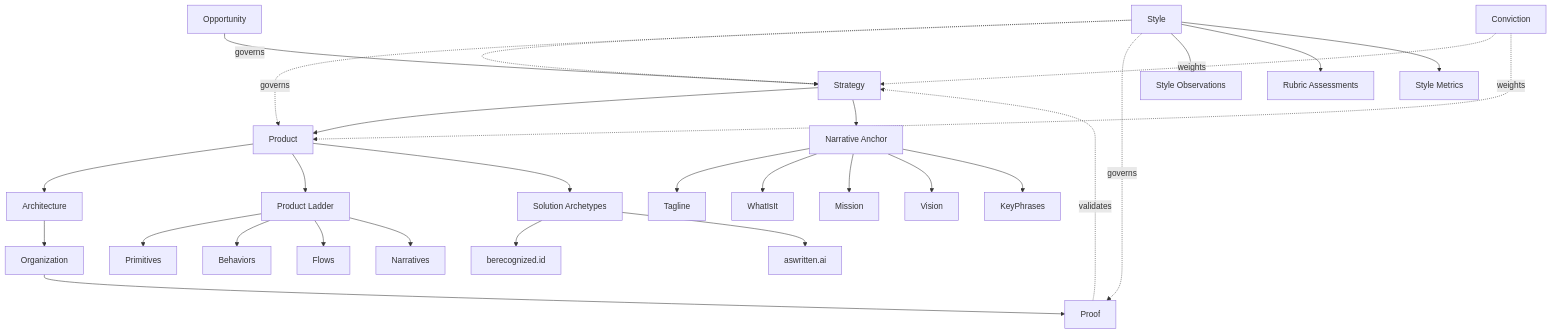
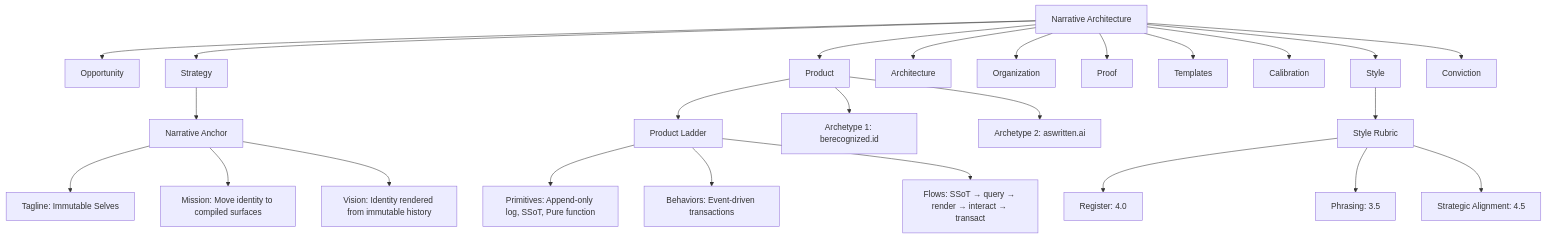
One commit to Synthetic-Identity-Co/conj-talk-2025 changed the second of 2 diagrams in README.md. Above: the diagram before and after it, drawn with Mermaid. The commit also changed other lines of this file, not shown here.

````diff
--- a/README.md
+++ b/README.md
@@ -92,44 +98,31 @@
 ```mermaid
 graph TD
-    Opp[Opportunity]
-    Strat[Strategy]
-    Prod[Product]
-    Arch[Architecture]
-    Org[Organization]
-    Proof[Proof]
-    Style[Style]
-    Conv[Conviction]
-
-    Opp --> Strat
-    Strat --> Prod
-    Prod --> Arch
-    Arch --> Org
-    Org --> Proof
-    Proof -.validates.-> Strat
-    Style -.governs.-> Strat
-    Style -.governs.-> Prod
-    Style -.governs.-> Proof
-    Conv -.weights.-> Strat
-    Conv -.weights.-> Prod
-
-    Strat --> NA[Narrative Anchor]
-    NA --> Tag[Tagline]
-    NA --> What[WhatIsIt]
-    NA --> Miss[Mission]
-    NA --> Vis[Vision]
-    NA --> KP[KeyPhrases]
-
-    Prod --> PL[Product Ladder]
-    PL --> Prim[Primitives]
-    PL --> Behav[Behaviors]
-    PL --> Flows[Flows]
-    PL --> Narr[Narratives]
-
-    Prod --> SA[Solution Archetypes]
-    SA --> A1[berecognized.id]
-    SA --> A2[aswritten.ai]
-
-    Style --> SO[Style Observations]
-    Style --> RA[Rubric Assessments]
-    Style --> SM[Style Metrics]
+    NA[Narrative Architecture] --> Opp[Opportunity]
+    NA --> Strat[Strategy]
+    NA --> Prod[Product]
+    NA --> Arch[Architecture]
+    NA --> Org[Organization]
+    NA --> Proof[Proof]
+    NA --> Temp[Templates]
+    NA --> Cal[Calibration]
+    NA --> Style[Style]
+    NA --> Conv[Conviction]
+    
+    Strat --> Anchor[Narrative Anchor]
+    Anchor --> Tag[Tagline: Immutable Selves]
+    Anchor --> Miss[Mission: Move identity to compiled surfaces]
+    Anchor --> Vis[Vision: Identity rendered from immutable history]
+    
+    Prod --> Ladder[Product Ladder]
+    Ladder --> Prim[Primitives: Append-only log, SSoT, Pure function]
+    Ladder --> Behav[Behaviors: Event-driven transactions]
+    Ladder --> Flow[Flows: SSoT → query → render → interact → transact]
+    
+    Prod --> Arch1[Archetype 1: berecognized.id]
+    Prod --> Arch2[Archetype 2: aswritten.ai]
+    
+    Style --> Rubric[Style Rubric]
+    Rubric --> R1[Register: 4.0]
+    Rubric --> R2[Phrasing: 3.5]
+    Rubric --> R3[Strategic Alignment: 4.5]
 ```
````
